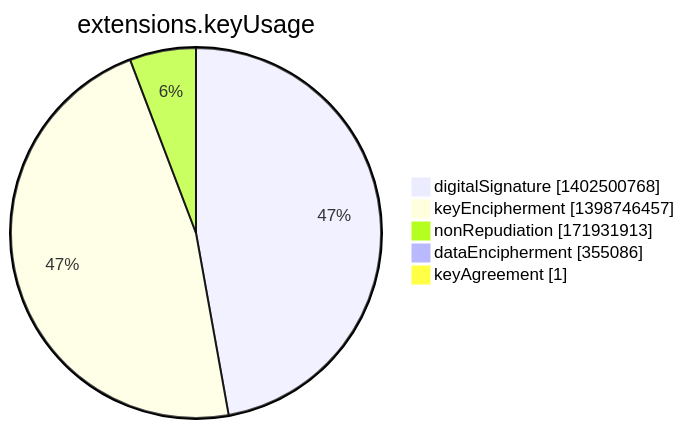
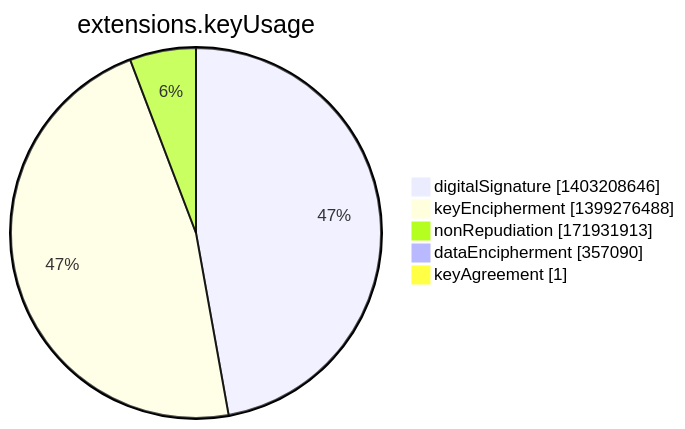
One commit to christiankrug/ctmonitor_visualization changed the seventh of 15 diagrams in argon2022/README.md. Above: the diagram before and after it, drawn with Mermaid. The commit also changed other lines of this file, not shown here.

````diff
--- a/argon2022/README.md
+++ b/argon2022/README.md
@@ -2751,9 +2751,9 @@
 ```mermaid
 pie showData
 title extensions.keyUsage
-"digitalSignature" :1402500768
-"keyEncipherment" :1398746457
+"digitalSignature" :1403208646
+"keyEncipherment" :1399276488
 "nonRepudiation" :171931913
-"dataEncipherment" :355086
+"dataEncipherment" :357090
 "keyAgreement" :1
 ```
````
